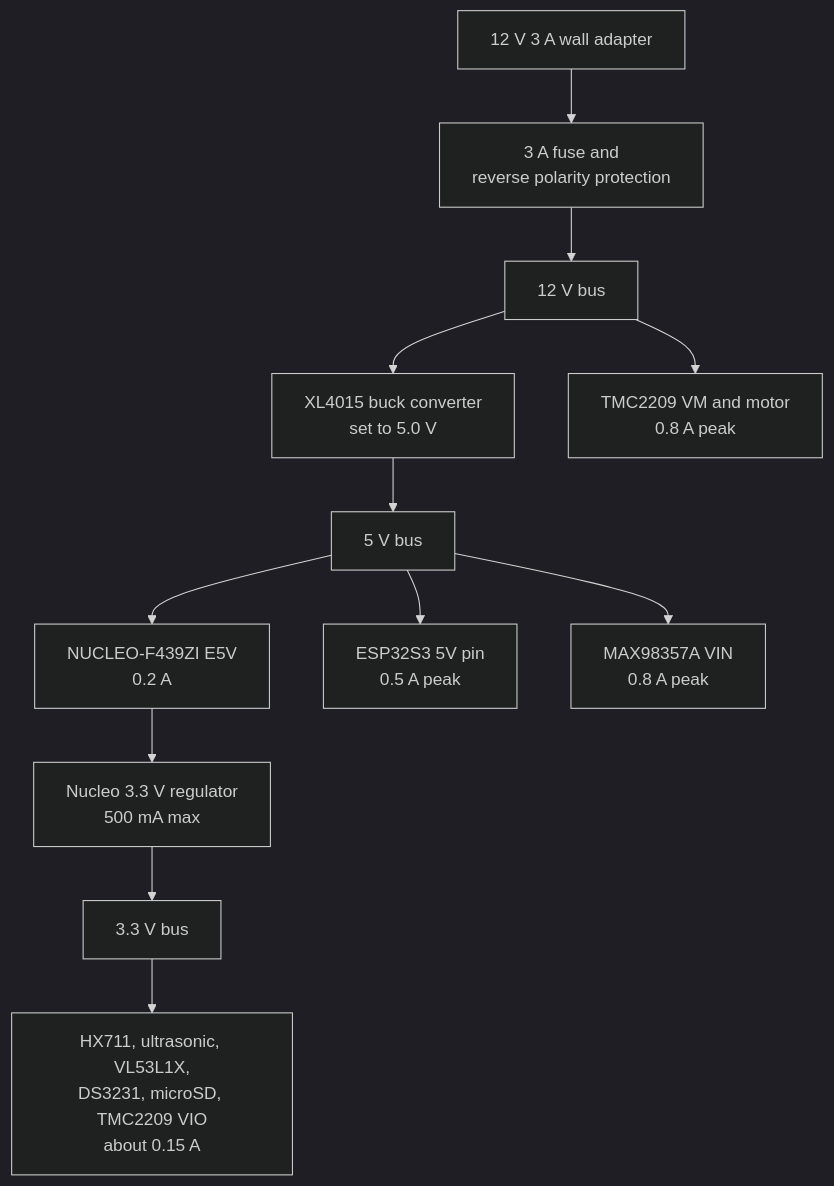
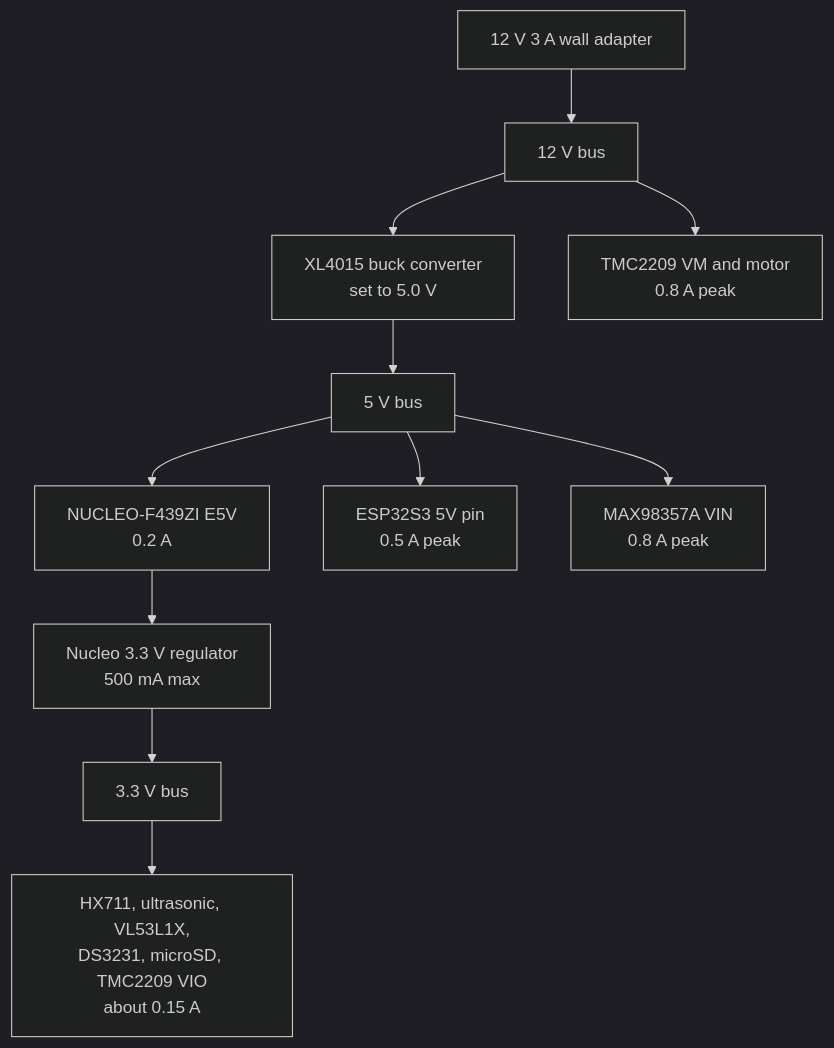
The third of 9 diagrams in hardware/02_system_architecture.md (sourcandy101/kibbly), drawn with Mermaid (dark theme) before and after one commit. The commit also changed 1 other file, not shown here.

Commit message:
Remove the fuse and diode from the wiring and the power diagram
1. hardware/04_wiring_list.md: jack goes straight to the 12 V bus, power wires renumbered P1 to P10 with every reference, safety reminder instead of the diode note
2. hardware/02_system_architecture.md: fuse and polarity protection box removed from the power tree

````diff
--- a/hardware/02_system_architecture.md
+++ b/hardware/02_system_architecture.md
@@ -173,24 +173,23 @@
 ```mermaid
 flowchart TB
     AD["12 V 3 A wall adapter"]
-    PROT["3 A fuse and<br/>reverse polarity protection"]
     BUS12["12 V bus"]
     BK["XL4015 buck converter<br/>set to 5.0 V"]
     BUS5["5 V bus"]
     LDO["Nucleo 3.3 V regulator<br/>500 mA max"]
     BUS3["3.3 V bus"]
 
     DRV["TMC2209 VM and motor<br/>0.8 A peak"]
     NU["NUCLEO-F439ZI E5V<br/>0.2 A"]
     ESP["ESP32S3 5V pin<br/>0.5 A peak"]
     AMP["MAX98357A VIN<br/>0.8 A peak"]
     S3["HX711, ultrasonic, VL53L1X,<br/>DS3231, microSD, TMC2209 VIO<br/>about 0.15 A"]
 
-    AD --> PROT --> BUS12
+    AD --> BUS12
     BUS12 --> DRV
     BUS12 --> BK --> BUS5
     BUS5 --> NU
     BUS5 --> ESP
     BUS5 --> AMP
     NU --> LDO --> BUS3 --> S3
 ```
````
